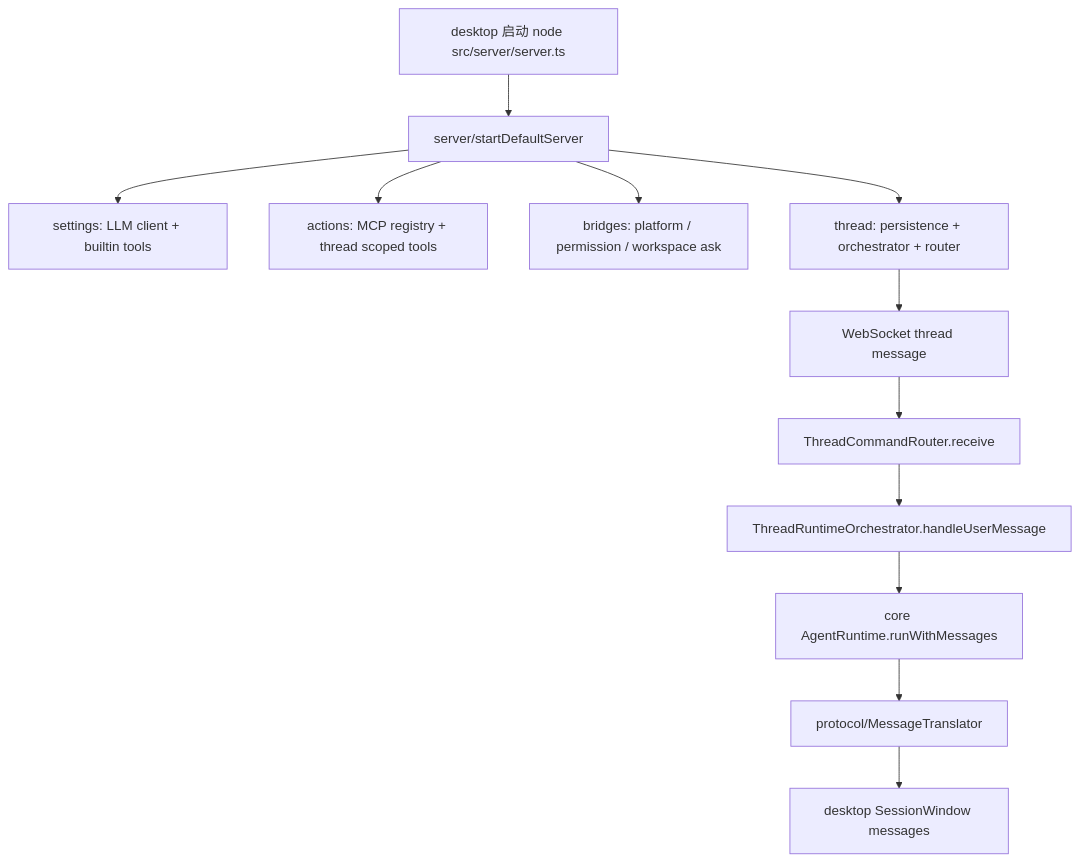
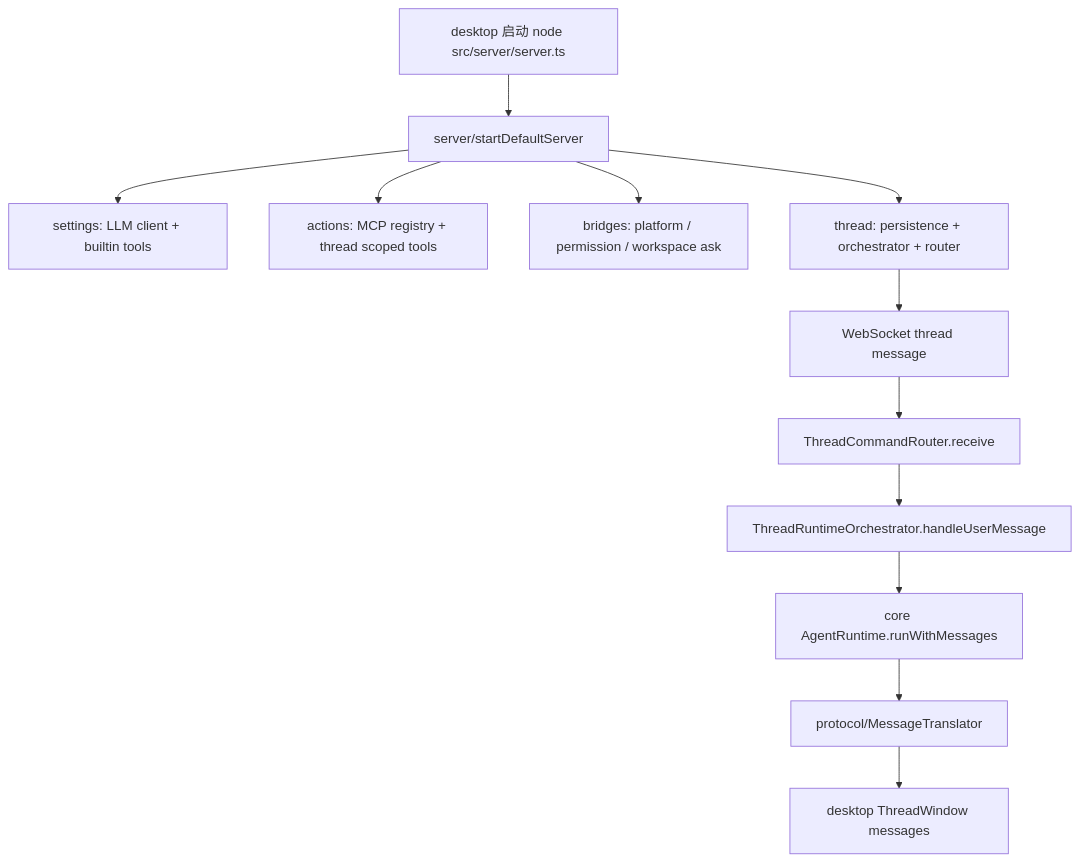
Before and after one commit to Lixuhang987/SpotAgent: the diagram in apps/agent-server/src/src.md, drawn with Mermaid. The commit also changed other lines of this file and 132 other files, not shown here.

Commit message:
refactor: unify desktop app server around thread protocol

````diff
--- a/apps/agent-server/src/src.md
+++ b/apps/agent-server/src/src.md
@@ -20,14 +20,14 @@
 ```mermaid
 flowchart TD
   A["desktop 启动 node src/server/server.ts"] --> B["server/startDefaultServer"]
   B --> C["settings: LLM client + builtin tools"]
   B --> D["actions: MCP registry + thread scoped tools"]
   B --> E["bridges: platform / permission / workspace ask"]
   B --> F["thread: persistence + orchestrator + router"]
   F --> G["WebSocket thread message"]
   G --> H["ThreadCommandRouter.receive"]
   H --> I["ThreadRuntimeOrchestrator.handleUserMessage"]
   I --> J["core AgentRuntime.runWithMessages"]
   J --> K["protocol/MessageTranslator"]
-  K --> L["desktop SessionWindow messages"]
+  K --> L["desktop ThreadWindow messages"]
 ```
````
